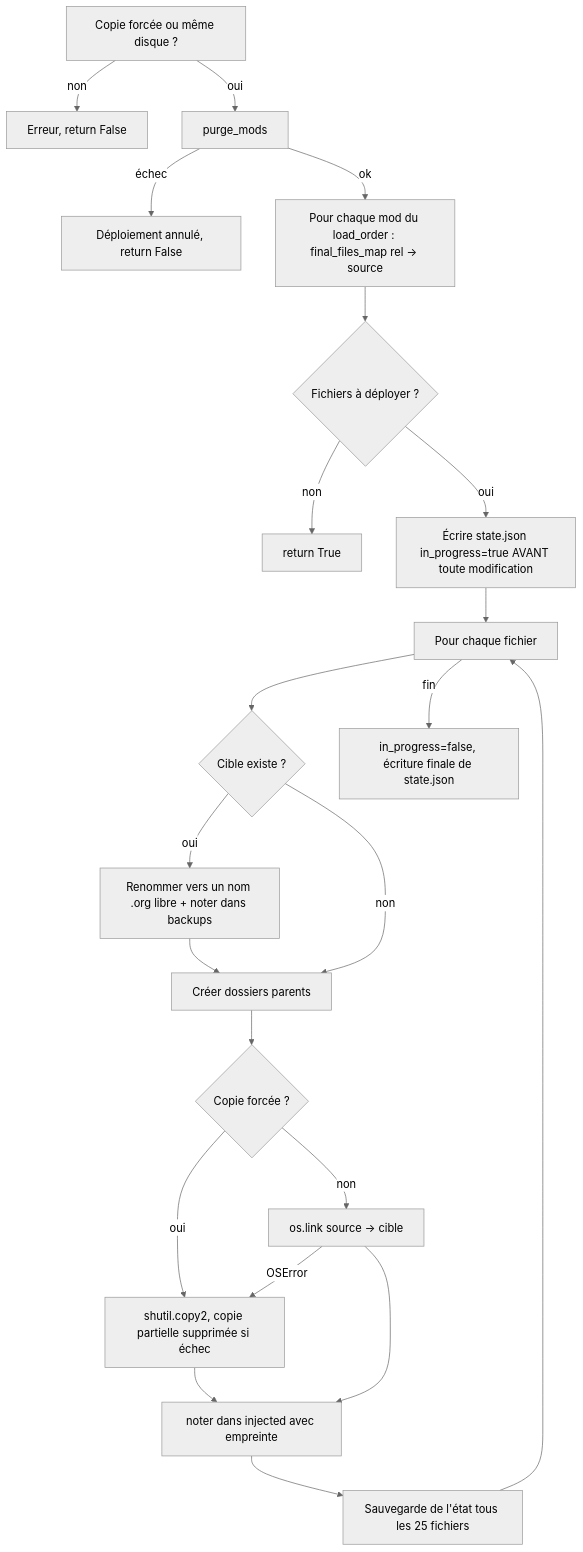
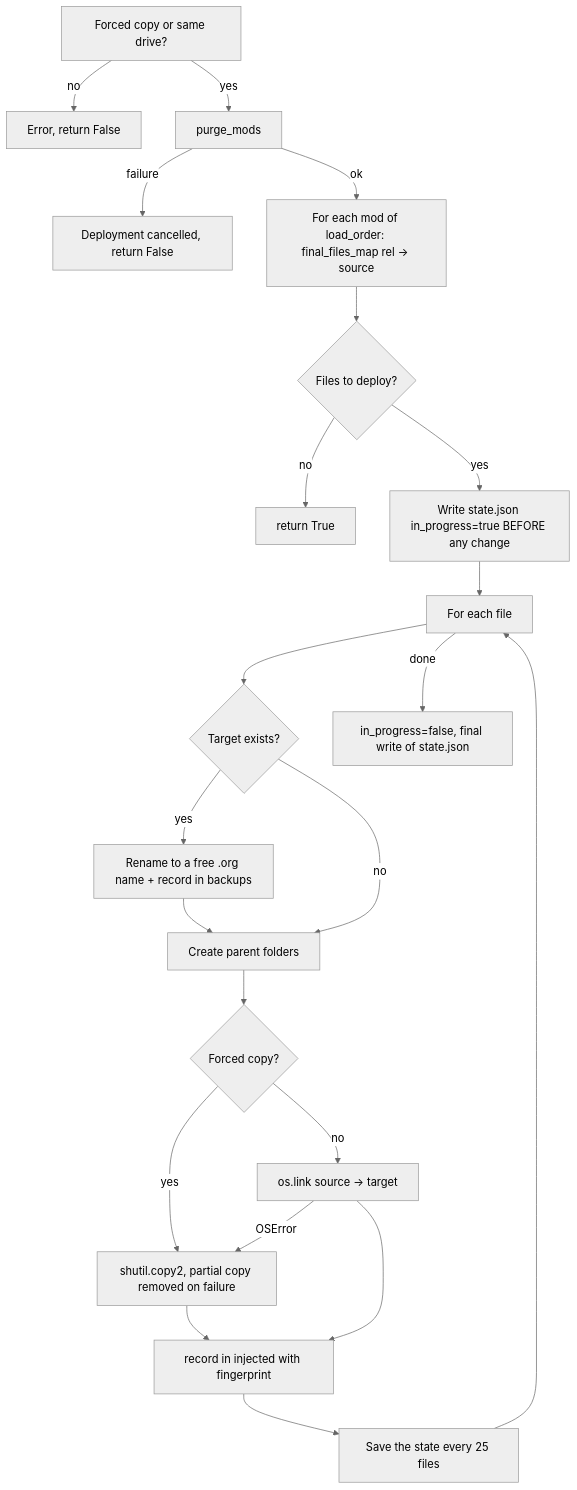
The second of 2 diagrams in docs/ARCHITECTURE.md (devcfk/ModInjector), drawn with Mermaid (neutral theme) before and after one commit. The commit also changed other lines of this file and 16 other files, not shown here.

````diff
--- a/docs/ARCHITECTURE.md
+++ b/docs/ARCHITECTURE.md
@@ -151,24 +176,24 @@
 ```mermaid
 flowchart TD
-    A[Copie forcée ou même disque ?] -- non --> X[Erreur, return False]
-    A -- oui --> B[purge_mods]
-    B -- échec --> X2[Déploiement annulé, return False]
-    B -- ok --> C[Pour chaque mod du load_order : final_files_map rel -> source]
-    C --> D{Fichiers à déployer ?}
-    D -- non --> E[return True]
-    D -- oui --> S[Écrire state.json in_progress=true AVANT toute modification]
-    S --> F[Pour chaque fichier]
-    F --> G{Cible existe ?}
-    G -- oui --> H[Renommer vers un nom .org libre + noter dans backups]
-    G -- non --> I
-    H --> I[Créer dossiers parents]
-    I --> CF{Copie forcée ?}
-    CF -- oui --> K
-    CF -- non --> J[os.link source -> cible]
-    J -- OSError --> K[shutil.copy2, copie partielle supprimée si échec]
-    J --> L[noter dans injected avec empreinte]
+    A[Forced copy or same drive?] -- no --> X[Error, return False]
+    A -- yes --> B[purge_mods]
+    B -- failure --> X2[Deployment cancelled, return False]
+    B -- ok --> C[For each mod of load_order: final_files_map rel -> source]
+    C --> D{Files to deploy?}
+    D -- no --> E[return True]
+    D -- yes --> S[Write state.json in_progress=true BEFORE any change]
+    S --> F[For each file]
+    F --> G{Target exists?}
+    G -- yes --> H[Rename to a free .org name + record in backups]
+    G -- no --> I
+    H --> I[Create parent folders]
+    I --> CF{Forced copy?}
+    CF -- yes --> K
+    CF -- no --> J[os.link source -> target]
+    J -- OSError --> K[shutil.copy2, partial copy removed on failure]
+    J --> L[record in injected with fingerprint]
     K --> L
-    L --> M[Sauvegarde de l'état tous les 25 fichiers]
+    L --> M[Save the state every 25 files]
     M --> F
-    F -- fin --> N[in_progress=false, écriture finale de state.json]
+    F -- done --> N[in_progress=false, final write of state.json]
 ```
````
